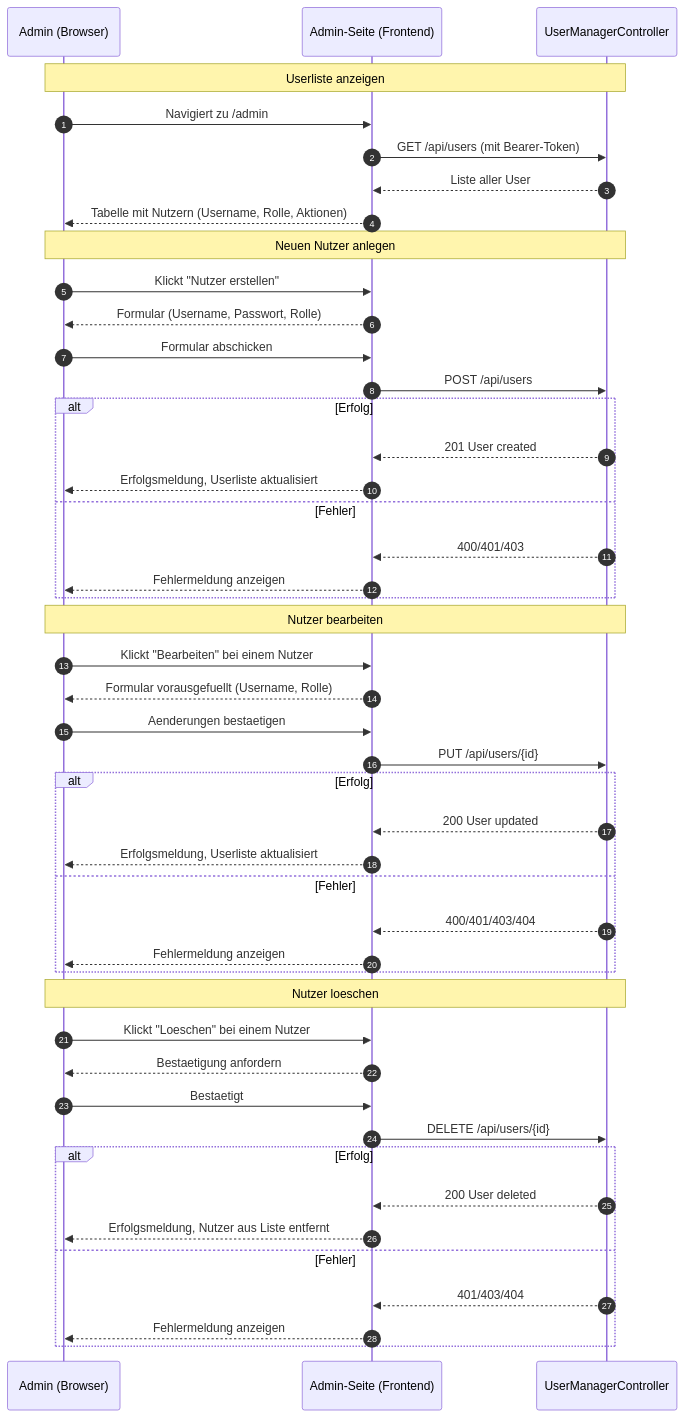
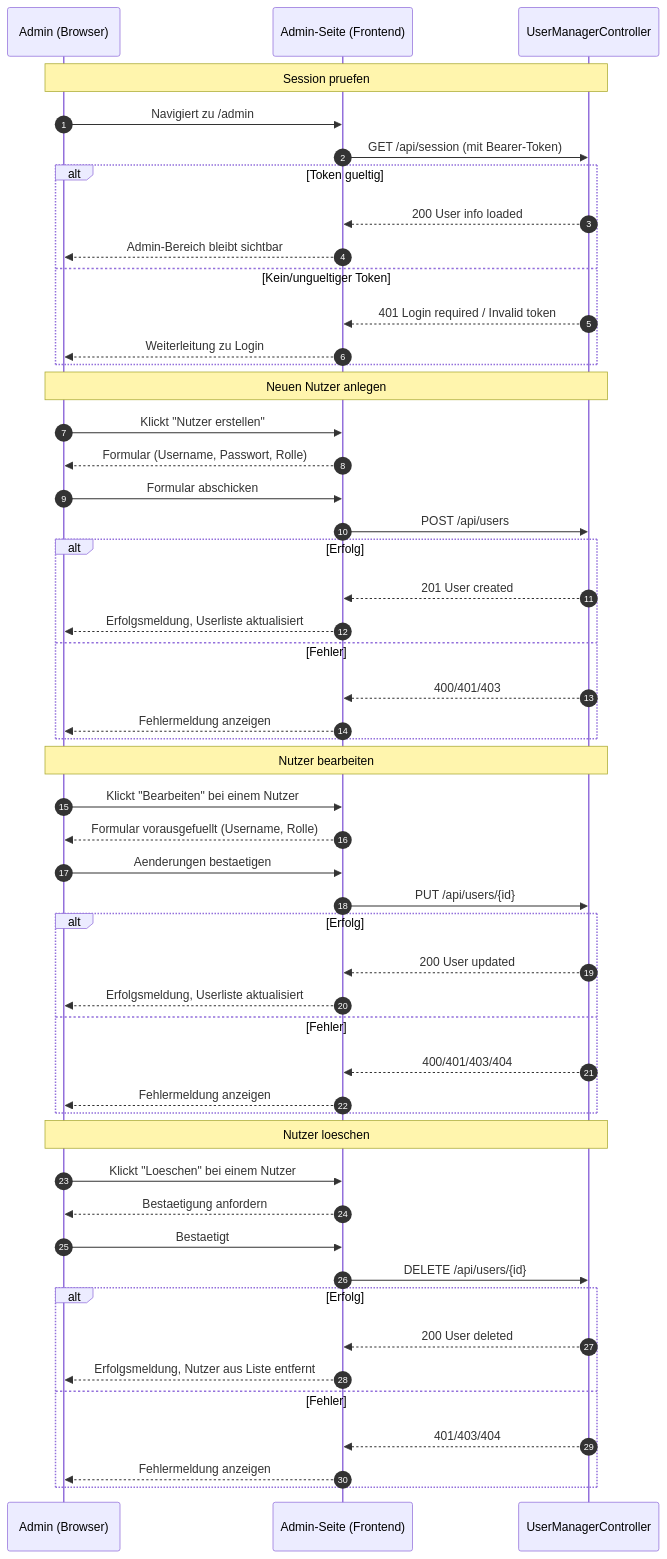
The fifth of 5 diagrams in docs/USER_MANAGEMENT.md (g8rdier/urban-flow-governance), drawn with Mermaid before and after one commit. The commit also changed other lines of this file and 1 other file, not shown here.

Commit message:
docs: Updated USER_MANAGEMENT docs

````diff
--- a/docs/USER_MANAGEMENT.md
+++ b/docs/USER_MANAGEMENT.md
@@ -216,56 +220,61 @@
 ```mermaid
 sequenceDiagram
 	autonumber
 	participant A as Admin (Browser)
 	participant UI as Admin-Seite (Frontend)
 	participant UMC as UserManagerController
 
-	note over A,UMC: Userliste anzeigen
+	note over A,UMC: Session pruefen
 
 	A->>UI: Navigiert zu /admin
-	UI->>UMC: GET /api/users (mit Bearer-Token)
-	UMC-->>UI: Liste aller User
-	UI-->>A: Tabelle mit Nutzern (Username, Rolle, Aktionen)
+	UI->>UMC: GET /api/session (mit Bearer-Token)
+	alt Token gueltig
+		UMC-->>UI: 200 User info loaded
+		UI-->>A: Admin-Bereich bleibt sichtbar
+	else Kein/ungueltiger Token
+		UMC-->>UI: 401 Login required / Invalid token
+		UI-->>A: Weiterleitung zu Login
+	end
 
 	note over A,UMC: Neuen Nutzer anlegen
 
 	A->>UI: Klickt "Nutzer erstellen"
 	UI-->>A: Formular (Username, Passwort, Rolle)
 	A->>UI: Formular abschicken
 	UI->>UMC: POST /api/users
 	alt Erfolg
 		UMC-->>UI: 201 User created
 		UI-->>A: Erfolgsmeldung, Userliste aktualisiert
 	else Fehler
 		UMC-->>UI: 400/401/403
 		UI-->>A: Fehlermeldung anzeigen
 	end
 
 	note over A,UMC: Nutzer bearbeiten
 
 	A->>UI: Klickt "Bearbeiten" bei einem Nutzer
 	UI-->>A: Formular vorausgefuellt (Username, Rolle)
 	A->>UI: Aenderungen bestaetigen
 	UI->>UMC: PUT /api/users/{id}
 	alt Erfolg
 		UMC-->>UI: 200 User updated
 		UI-->>A: Erfolgsmeldung, Userliste aktualisiert
 	else Fehler
 		UMC-->>UI: 400/401/403/404
 		UI-->>A: Fehlermeldung anzeigen
 	end
 
 	note over A,UMC: Nutzer loeschen
 
 	A->>UI: Klickt "Loeschen" bei einem Nutzer
 	UI-->>A: Bestaetigung anfordern
 	A->>UI: Bestaetigt
 	UI->>UMC: DELETE /api/users/{id}
 	alt Erfolg
 		UMC-->>UI: 200 User deleted
 		UI-->>A: Erfolgsmeldung, Nutzer aus Liste entfernt
 	else Fehler
 		UMC-->>UI: 401/403/404
 		UI-->>A: Fehlermeldung anzeigen
 	end
 ```
````
